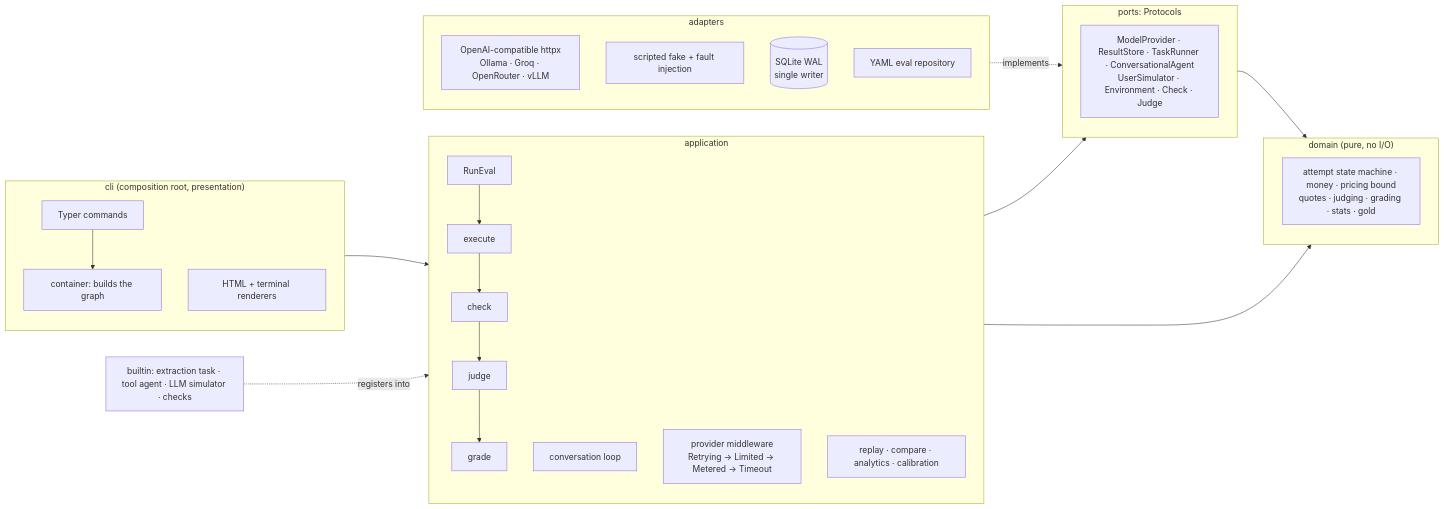
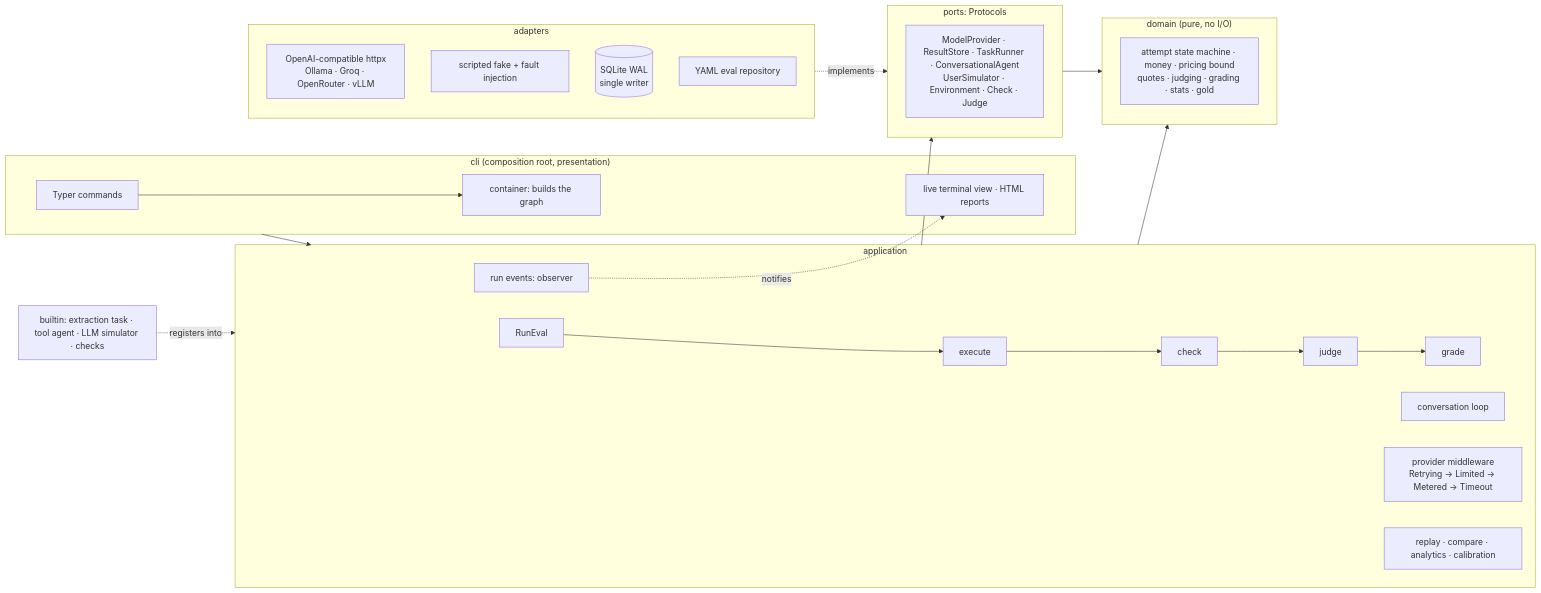
The first of 3 diagrams in README.md (bernardosaab/assayer), drawn with Mermaid before and after one commit. The commit also changed other lines of this file and 44 other files, not shown here.

First line of the commit message:
v0.2.0: live run view, conversation timelines, real local-model results

````diff
--- a/README.md
+++ b/README.md
@@ -99,30 +169,32 @@
 ```mermaid
 flowchart LR
   subgraph CLI["cli (composition root, presentation)"]
     CMD[Typer commands] --> CONT[container: builds the graph]
-    HTML[HTML + terminal renderers]
+    VIEW[live terminal view · HTML reports]
   end
   subgraph APP[application]
     RUN[RunEval] --> EXE[execute] --> CHK[check] --> JDG[judge] --> GRD[grade]
     CONV[conversation loop]
     MW["provider middleware<br/>Retrying → Limited → Metered → Timeout"]
+    EV[run events: observer]
     REP[replay · compare · analytics · calibration]
   end
   subgraph DOM["domain (pure, no I/O)"]
     D[attempt state machine · money · pricing bound<br/>quotes · judging · grading · stats · gold]
   end
   subgraph PORTS[ports: Protocols]
     P[ModelProvider · ResultStore · TaskRunner · ConversationalAgent<br/>UserSimulator · Environment · Check · Judge]
   end
   subgraph AD[adapters]
     OA[OpenAI-compatible httpx<br/>Ollama · Groq · OpenRouter · vLLM]
     FK[scripted fake + fault injection]
     SQ[(SQLite WAL<br/>single writer)]
     YM[YAML eval repository]
   end
   BI[builtin: extraction task · tool agent · LLM simulator · checks]
   CLI --> APP --> PORTS --> DOM
   APP --> DOM
   AD -. implements .-> PORTS
   BI -. registers into .-> APP
+  EV -. notifies .-> VIEW
 ```
````
